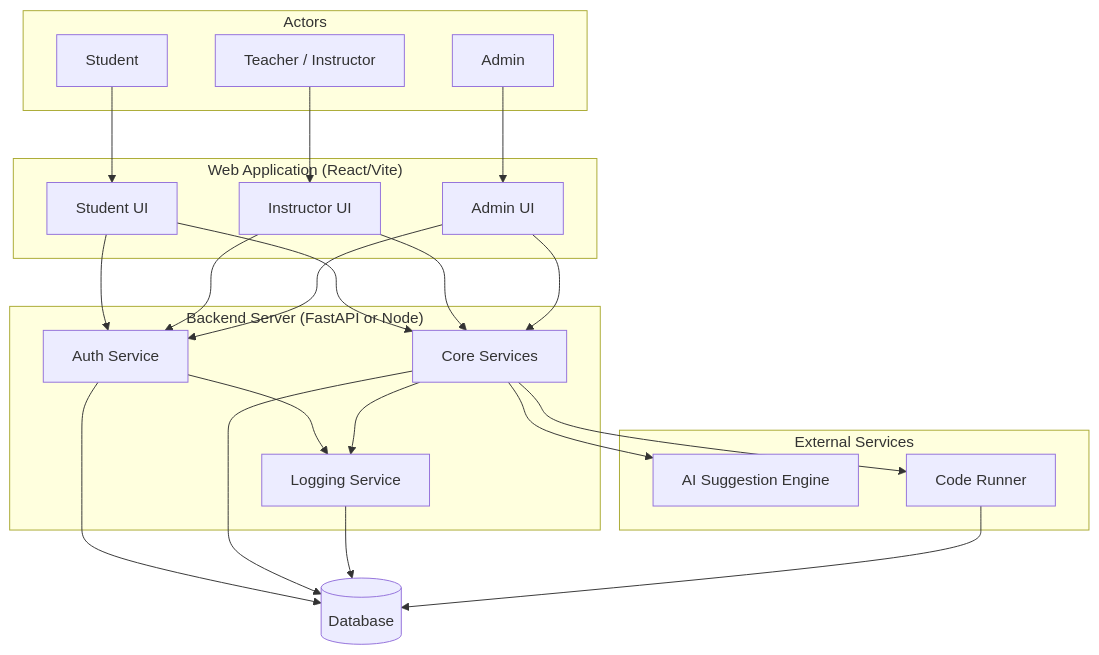
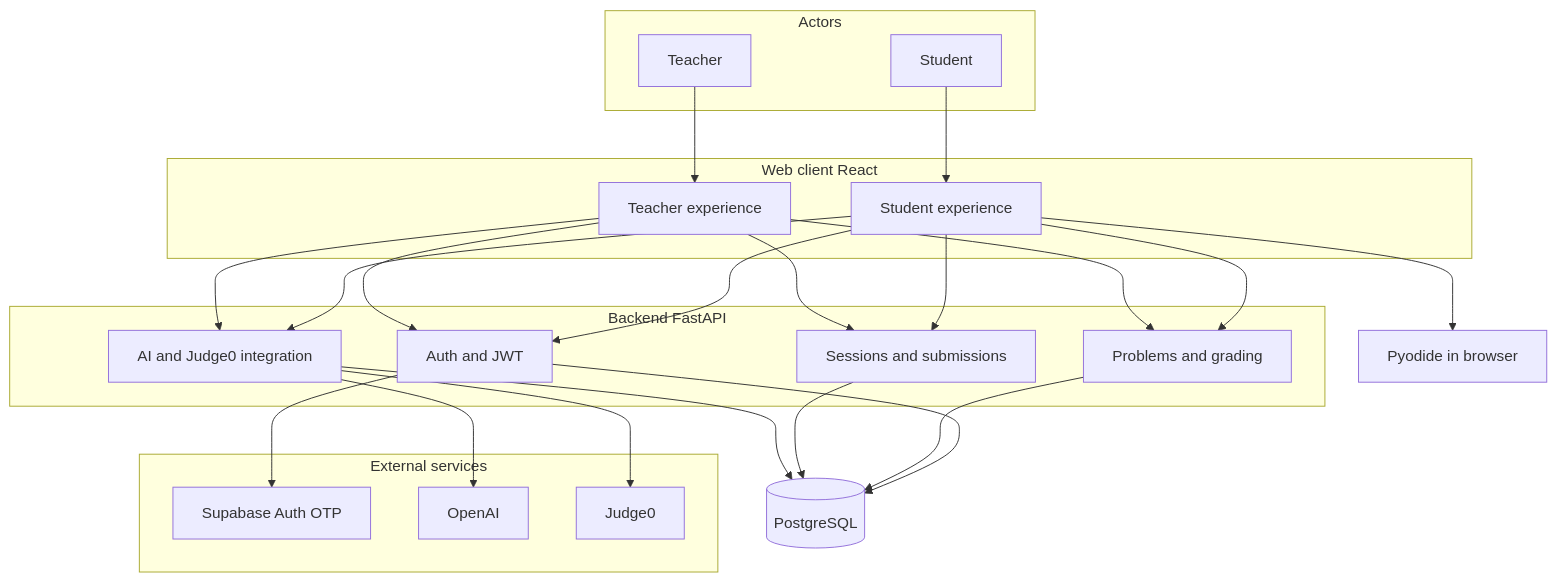
Before and after one commit to Capstone-Projects-2026-spring/project-auto-suggestion-quiz: the first of 3 diagrams in documentation/docs/requirements/system-block-diagram.md, drawn with Mermaid. The commit also changed other lines of this file and 1 other file, not shown here.

````diff
--- a/documentation/docs/requirements/system-block-diagram.md
+++ b/documentation/docs/requirements/system-block-diagram.md
@@ -9,43 +11,48 @@
 ```mermaid
 flowchart TB
     subgraph Actors
         S[Student]
-        T[Teacher / Instructor]
-        A[Admin]
+        T[Teacher]
     end
 
-    subgraph UI["Web Application (React/Vite)"]
-        SUI[Student UI]
-        TUI[Instructor UI]
-        AUI[Admin UI]
+    subgraph UI["Web client React"]
+        SUI[Student experience]
+        TUI[Teacher experience]
     end
 
-    subgraph Backend["Backend Server (FastAPI or Node)"]
-        AUTH[Auth Service]
-        CORE[Core Services]
-        LOG[Logging Service]
+    subgraph API["Backend FastAPI"]
+        AUTH[Auth and JWT]
+        PROB[Problems and grading]
+        SESS[Sessions and submissions]
+        AIJ[AI and Judge0 integration]
     end
 
-    subgraph External[External Services]
-        AI[AI Suggestion Engine]
-        RUN[Code Runner]
+    subgraph Ext["External services"]
+        SUPA[Supabase Auth OTP]
+        OAI[OpenAI]
+        JUDGE[Judge0]
     end
 
-    DB[(Database)]
+    PY[Pyodide in browser]
+    DB[(PostgreSQL)]
 
     S --> SUI
     T --> TUI
-    A --> AUI
 
-    SUI & TUI & AUI --> AUTH
-    SUI & TUI & AUI --> CORE
+    SUI --> AUTH
+    SUI --> PROB
+    SUI --> SESS
+    SUI --> AIJ
+    SUI --> PY
 
-    CORE --> AI
-    CORE --> RUN
+    TUI --> AUTH
+    TUI --> PROB
+    TUI --> SESS
+    TUI --> AIJ
 
-    AUTH & CORE & LOG --> DB
-    RUN --> DB
+    AUTH --> SUPA
+    AIJ --> OAI
+    AIJ --> JUDGE
 
-    AUTH --> LOG
-    CORE --> LOG
+    AUTH & PROB & SESS & AIJ --> DB
 ```
````
